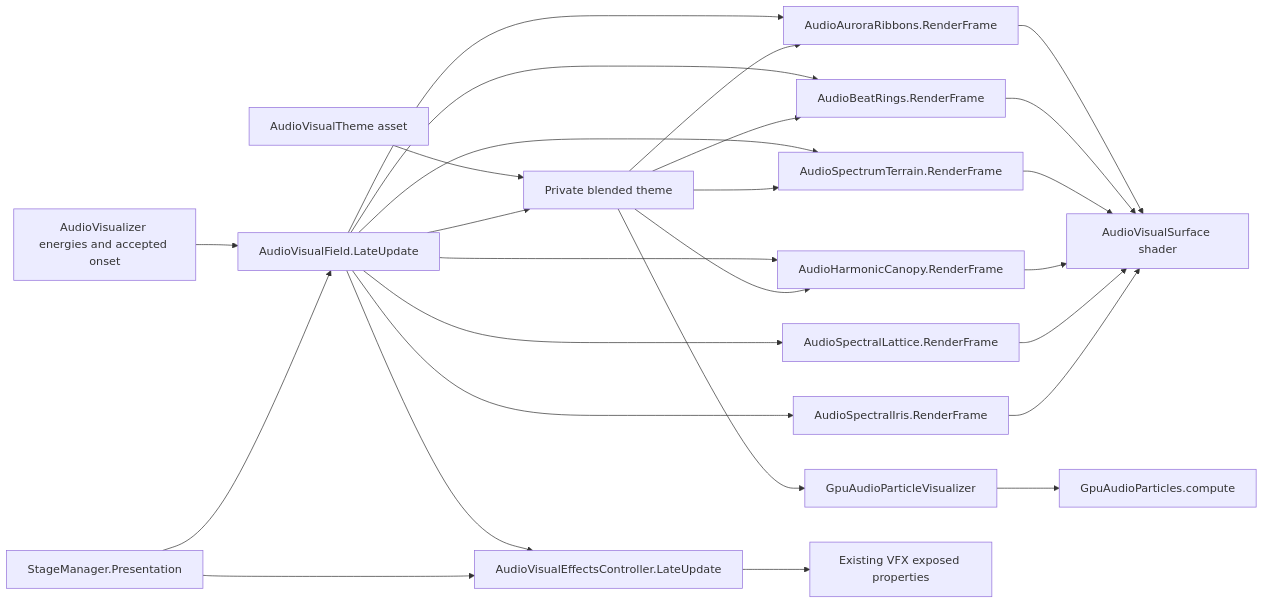
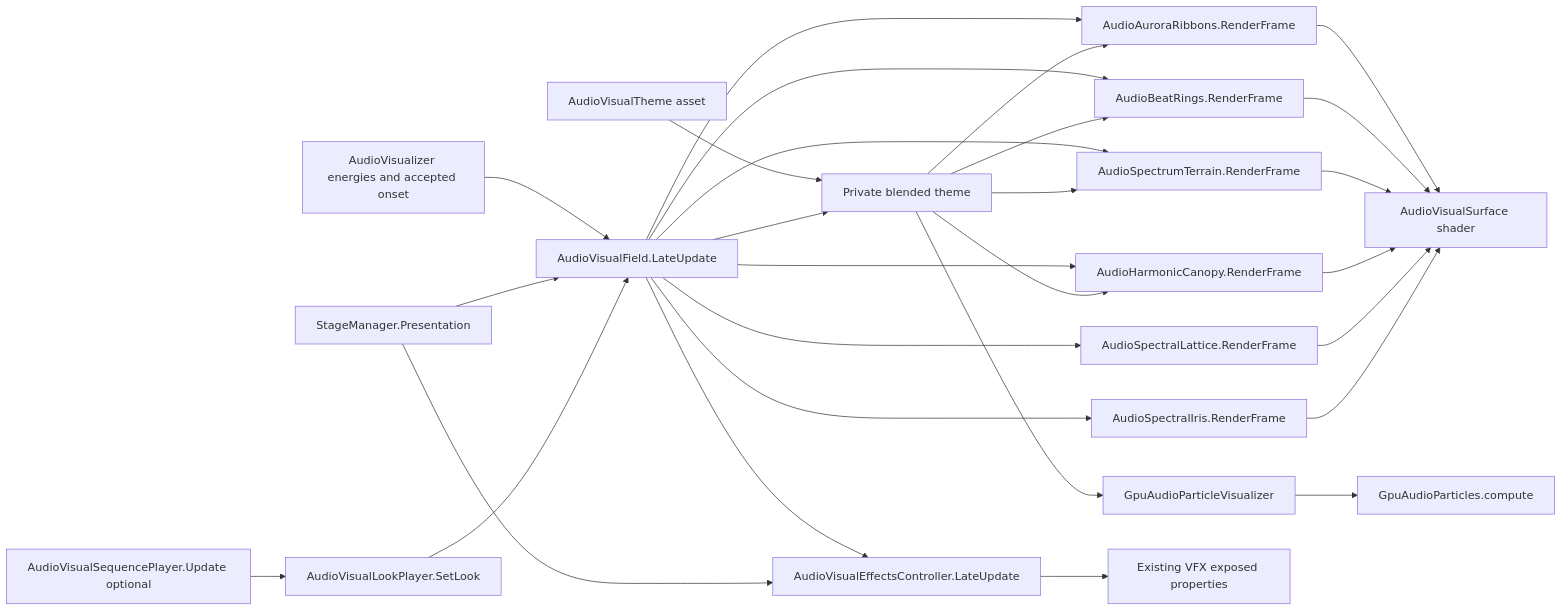
The diagram in docs/visual-research.md (kukudia/MR-VD), drawn with Mermaid before and after one commit. The commit also changed other lines of this file and 11 other files, not shown here.

First line of the commit message:
Add editable visual look sequence with explicit playback

````diff
--- a/docs/visual-research.md
+++ b/docs/visual-research.md
@@ -45,28 +45,30 @@
 ```mermaid
 flowchart LR
     A[AudioVisualizer energies and accepted onset] --> F[AudioVisualField.LateUpdate]
     S[StageManager.Presentation] --> F
     T[AudioVisualTheme asset] --> B[Private blended theme]
+    SQ[AudioVisualSequencePlayer.Update optional] --> LP[AudioVisualLookPlayer.SetLook]
+    LP --> F
     F --> B
     F --> R[AudioAuroraRibbons.RenderFrame]
     F --> P[AudioBeatRings.RenderFrame]
     F --> H[AudioSpectrumTerrain.RenderFrame]
     F --> K[AudioHarmonicCanopy.RenderFrame]
     F --> L[AudioSpectralLattice.RenderFrame]
     F --> I[AudioSpectralIris.RenderFrame]
     B --> R
     B --> P
     B --> H
     B --> K
     B --> G[GpuAudioParticleVisualizer]
     F --> V[AudioVisualEffectsController.LateUpdate]
     S --> V
     V --> Q[Existing VFX exposed properties]
     G --> C[GpuAudioParticles.compute]
     R --> M[AudioVisualSurface shader]
     P --> M
     H --> M
     K --> M
     L --> M
     I --> M
 ```
````
